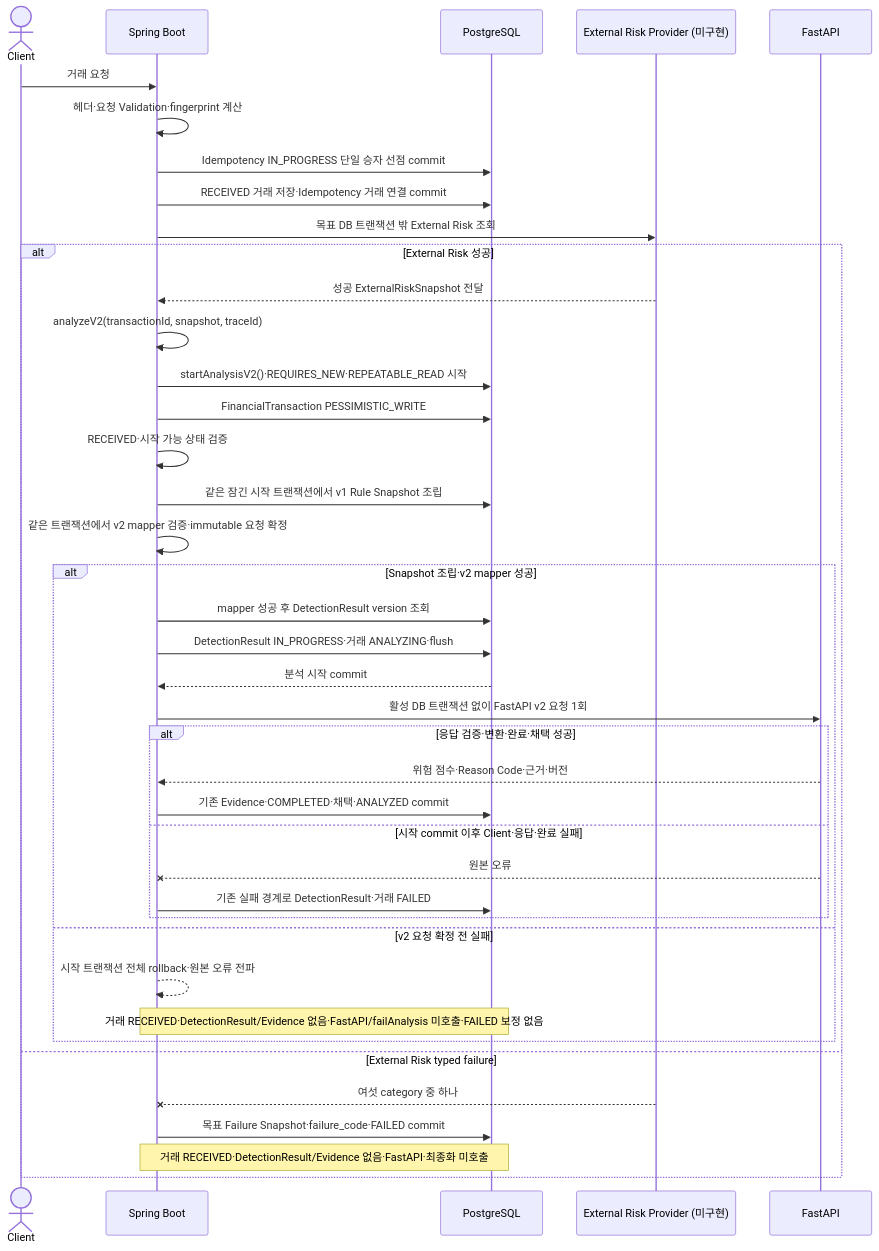
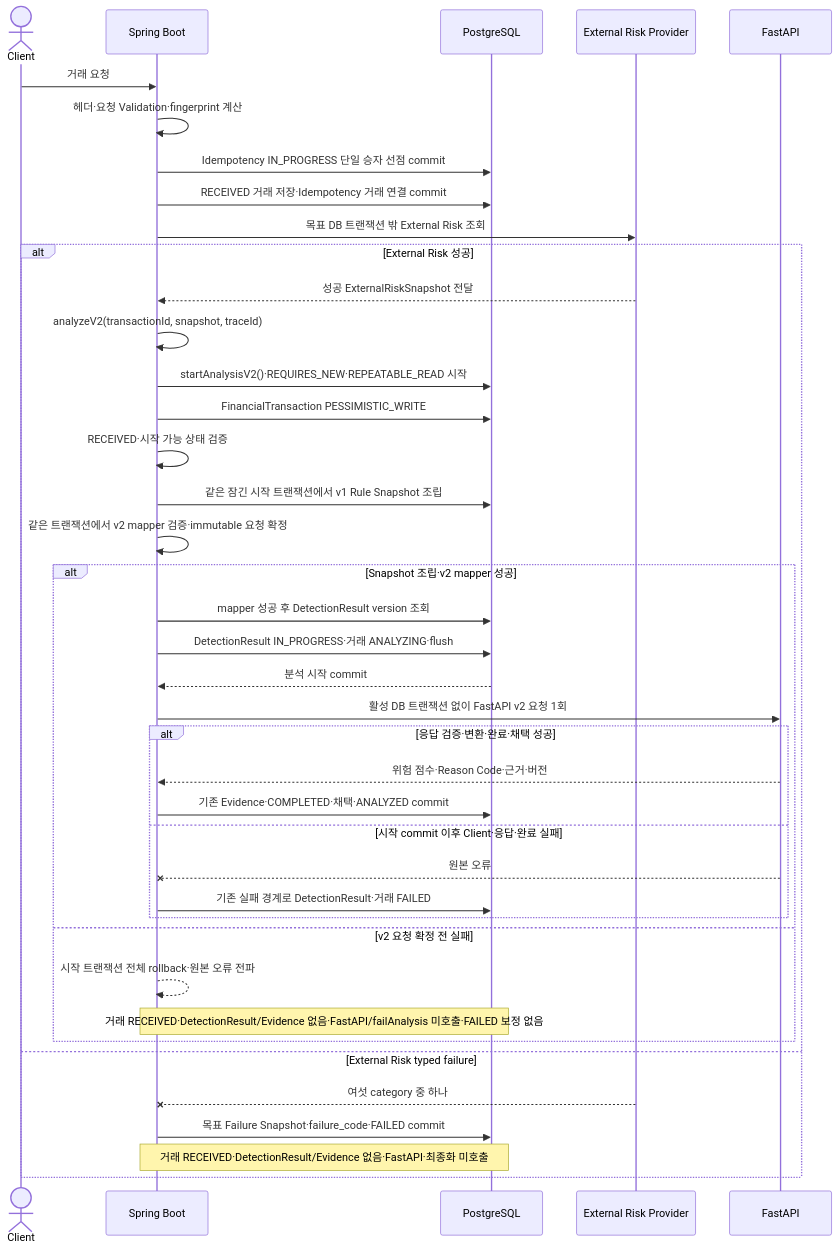
The second of 4 diagrams in docs/02-architecture/system-architecture.md (Ahnjisan/FinGuardOps), drawn with Mermaid before and after one commit. The commit also changed other lines of this file and 19 other files, not shown here.

Commit message:
feat(backend): External Risk HTTP Provider 구현 (#176)

````diff
--- a/docs/02-architecture/system-architecture.md
+++ b/docs/02-architecture/system-architecture.md
@@ -654,43 +655,43 @@
 ```mermaid
 sequenceDiagram
     actor Client
     participant Spring as Spring Boot
     participant DB as PostgreSQL
-    participant Risk as External Risk Provider (미구현)
+    participant Risk as External Risk Provider
     participant AI as FastAPI
 
     Client->>Spring: 거래 요청
     Spring->>Spring: 헤더·요청 Validation·fingerprint 계산
     Spring->>DB: Idempotency IN_PROGRESS 단일 승자 선점 commit
     Spring->>DB: RECEIVED 거래 저장·Idempotency 거래 연결 commit
     Spring->>Risk: 목표 DB 트랜잭션 밖 External Risk 조회
     alt External Risk 성공
         Risk-->>Spring: 성공 ExternalRiskSnapshot 전달
         Spring->>Spring: analyzeV2(transactionId, snapshot, traceId)
         Spring->>DB: startAnalysisV2()·REQUIRES_NEW·REPEATABLE_READ 시작
         Spring->>DB: FinancialTransaction PESSIMISTIC_WRITE
         Spring->>Spring: RECEIVED·시작 가능 상태 검증
         Spring->>DB: 같은 잠긴 시작 트랜잭션에서 v1 Rule Snapshot 조립
         Spring->>Spring: 같은 트랜잭션에서 v2 mapper 검증·immutable 요청 확정
         alt Snapshot 조립·v2 mapper 성공
             Spring->>DB: mapper 성공 후 DetectionResult version 조회
             Spring->>DB: DetectionResult IN_PROGRESS·거래 ANALYZING·flush
             DB-->>Spring: 분석 시작 commit
             Spring->>AI: 활성 DB 트랜잭션 없이 FastAPI v2 요청 1회
             alt 응답 검증·변환·완료·채택 성공
                 AI-->>Spring: 위험 점수·Reason Code·근거·버전
                 Spring->>DB: 기존 Evidence·COMPLETED·채택·ANALYZED commit
             else 시작 commit 이후 Client·응답·완료 실패
                 AI--xSpring: 원본 오류
                 Spring->>DB: 기존 실패 경계로 DetectionResult·거래 FAILED
             end
         else v2 요청 확정 전 실패
             Spring-->>Spring: 시작 트랜잭션 전체 rollback·원본 오류 전파
             Note over Spring,DB: 거래 RECEIVED·DetectionResult/Evidence 없음·FastAPI/failAnalysis 미호출·FAILED 보정 없음
         end
     else External Risk typed failure
         Risk--xSpring: 여섯 category 중 하나
         Spring->>DB: 목표 Failure Snapshot·failure_code·FAILED commit
         Note over Spring,DB: 거래 RECEIVED·DetectionResult/Evidence 없음·FastAPI·최종화 미호출
     end
 ```
````
